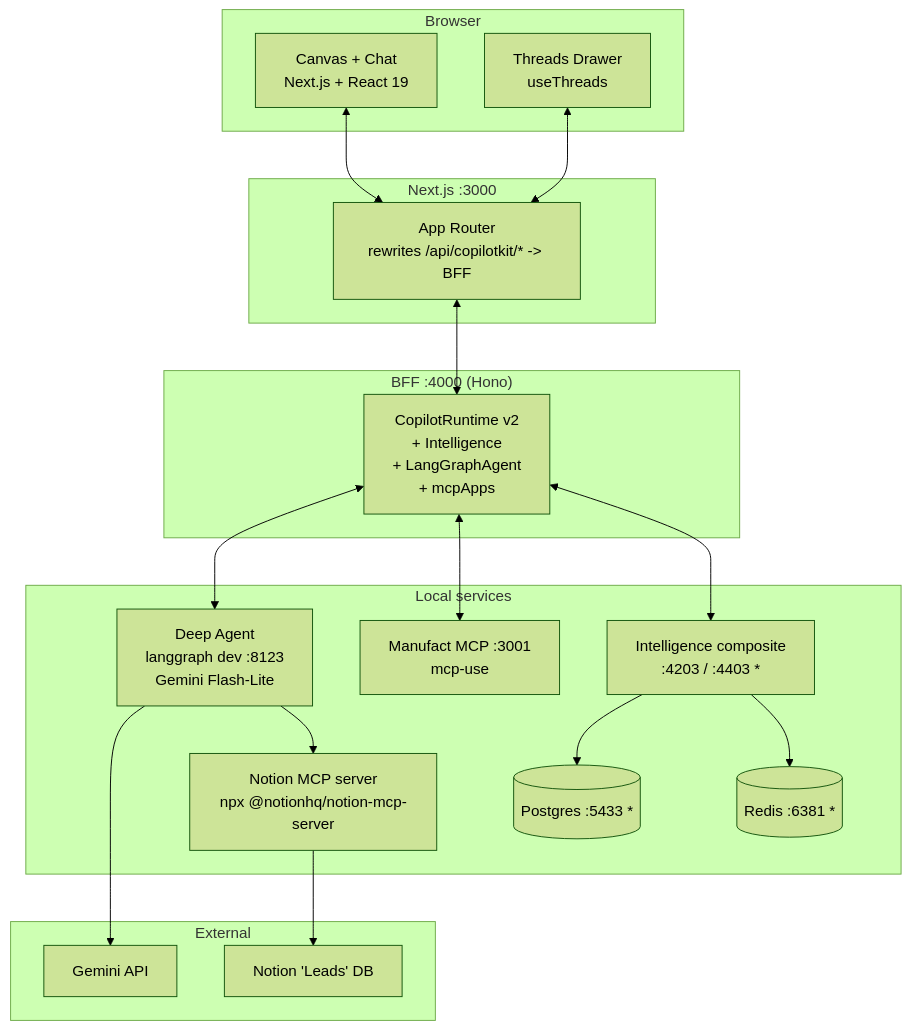
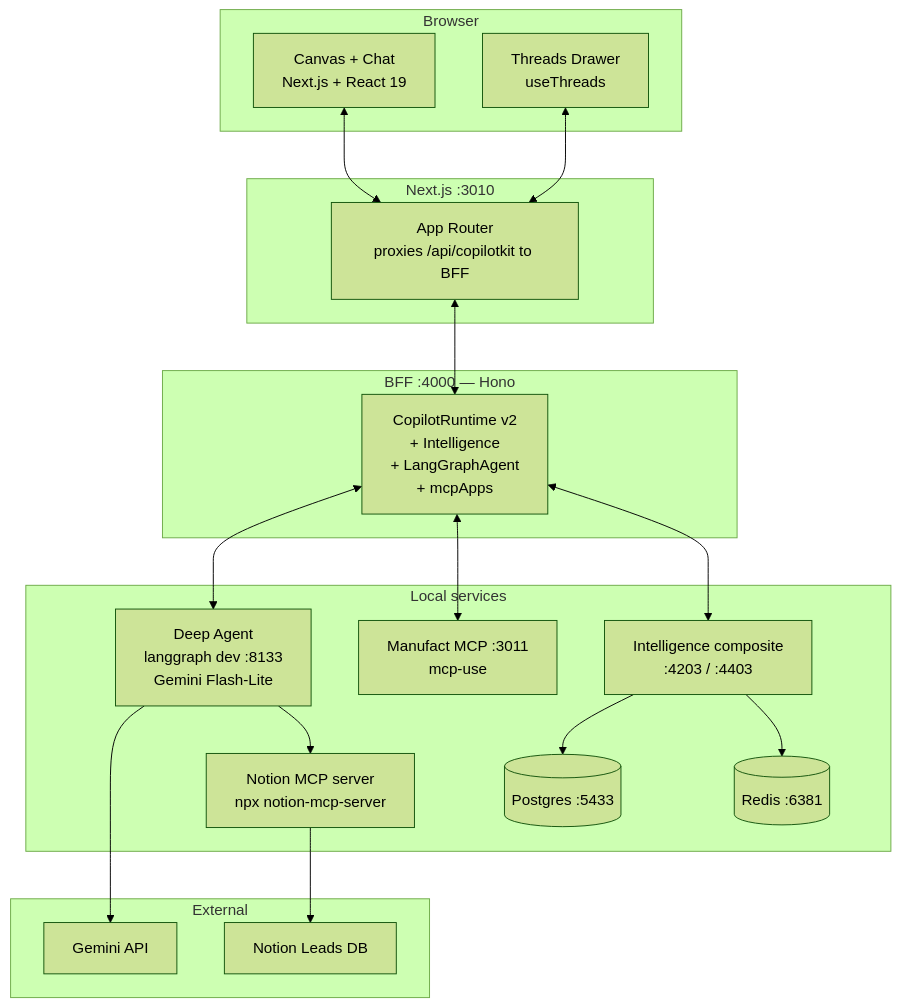
Before and after one commit to xenagarage/Generative-UI-Global-Hackathon-Starter-Kit: the first of 2 diagrams in README.md, drawn with Mermaid (forest theme). The commit also changed other lines of this file and 2 other files, not shown here.

First line of the commit message:
Clean up README and add Notion lead-form sample export

````diff
--- a/README.md
+++ b/README.md
@@ -263,41 +246,41 @@
 ```mermaid
 graph TB
-    subgraph "Browser"
-        UI[Canvas + Chat<br/>Next.js + React 19]
-        Drawer[Threads Drawer<br/>useThreads]
+    subgraph Browser
+        UI["Canvas + Chat<br/>Next.js + React 19"]
+        Drawer["Threads Drawer<br/>useThreads"]
     end
 
-    subgraph "Next.js :3000"
-        Next[App Router<br/>rewrites /api/copilotkit/* -> BFF]
+    subgraph Frontend["Next.js :3010"]
+        Next["App Router<br/>proxies /api/copilotkit to BFF"]
     end
 
-    subgraph "BFF :4000 (Hono)"
-        Runtime[CopilotRuntime v2<br/>+ Intelligence<br/>+ LangGraphAgent<br/>+ mcpApps]
+    subgraph BFFLayer["BFF :4000 — Hono"]
+        Runtime["CopilotRuntime v2<br/>+ Intelligence<br/>+ LangGraphAgent<br/>+ mcpApps"]
     end
 
-    subgraph "Local services"
-        Agent[Deep Agent<br/>langgraph dev :8123<br/>Gemini Flash-Lite]
-        MCP[Manufact MCP :3001<br/>mcp-use]
-        NotionMCP[Notion MCP server<br/>npx @notionhq/notion-mcp-server]
-        Intel[Intelligence composite<br/>:4203 / :4403 *]
-        DB[(Postgres :5433 *)]
-        Cache[(Redis :6381 *)]
+    subgraph LocalServices["Local services"]
+        Agent["Deep Agent<br/>langgraph dev :8133<br/>Gemini Flash-Lite"]
+        MCP["Manufact MCP :3011<br/>mcp-use"]
+        NotionMCP["Notion MCP server<br/>npx notion-mcp-server"]
+        Intel["Intelligence composite<br/>:4203 / :4403"]
+        DB[("Postgres :5433")]
+        Cache[("Redis :6381")]
     end
 
-    subgraph "External"
-        Notion[Notion 'Leads' DB]
-        Gemini[Gemini API]
+    subgraph External
+        Notion["Notion Leads DB"]
+        Gemini["Gemini API"]
     end
 
     UI <--> Next
     Drawer <--> Next
     Next <--> Runtime
     Runtime <--> Agent
     Runtime <--> MCP
     Runtime <--> Intel
     Intel --> DB
     Intel --> Cache
     Agent --> Gemini
     Agent --> NotionMCP
     NotionMCP --> Notion
 ```
````
